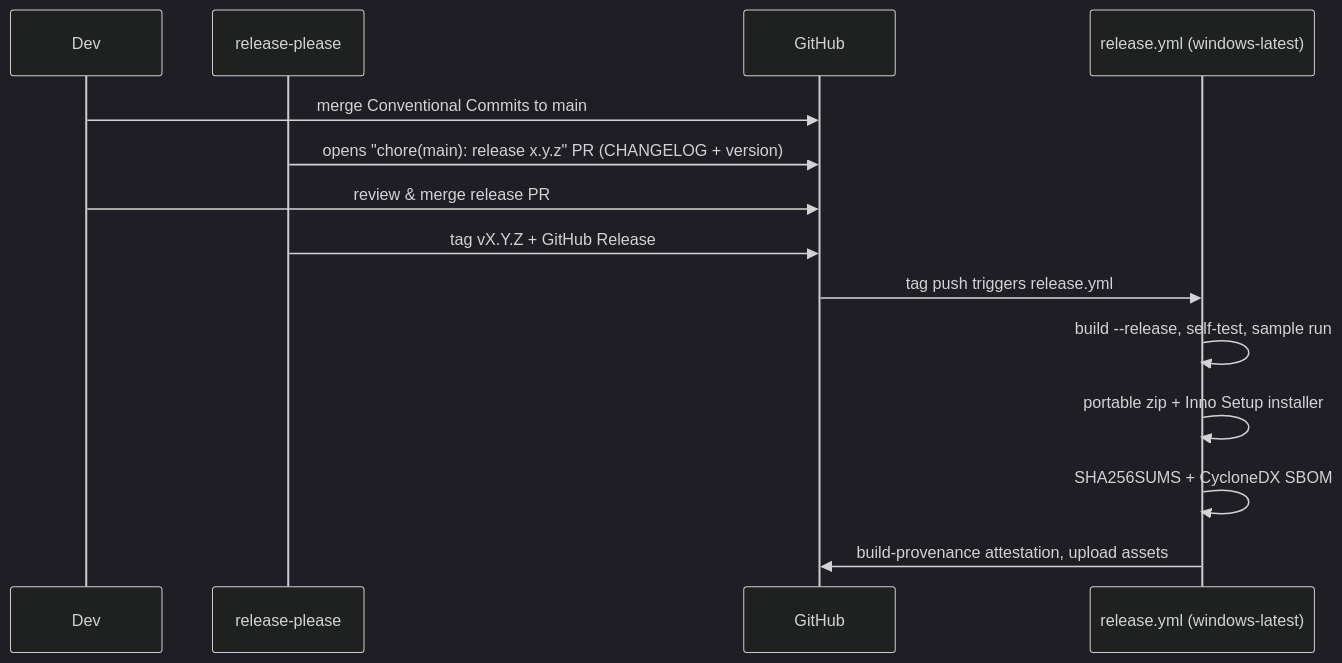
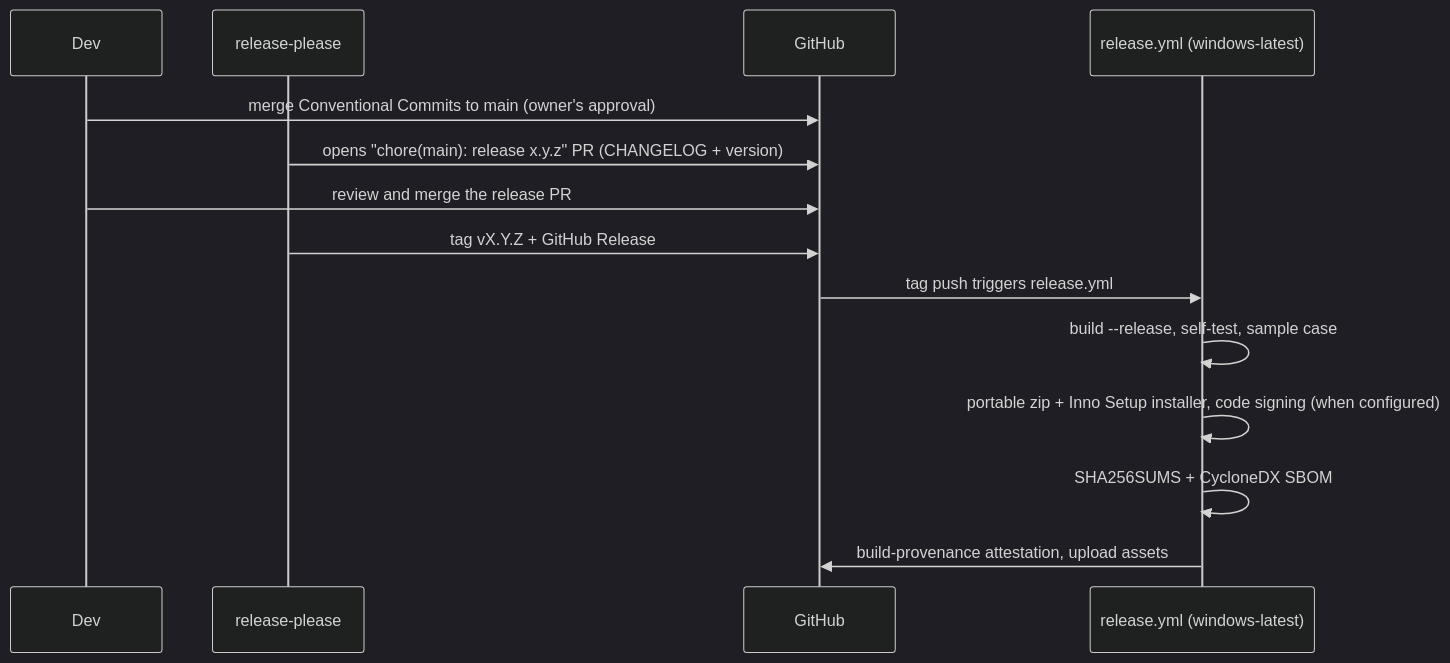
Before and after one commit to Panacota96/rv-timeline: the fifth of 5 diagrams in docs/development.md, drawn with Mermaid (dark theme). The commit also changed other lines of this file and 984 other files, not shown here.

First line of the commit message:
feat: RV Timeline v0.1 — cited case timeline from the Rakvor tools' outputs (#3)

````diff
--- a/docs/development.md
+++ b/docs/development.md
@@ -43,16 +207,16 @@
 ```mermaid
 sequenceDiagram
     participant Dev
     participant RP as release-please
     participant GH as GitHub
     participant W as release.yml (windows-latest)
-    Dev->>GH: merge Conventional Commits to main
+    Dev->>GH: merge Conventional Commits to main (owner's approval)
     RP->>GH: opens "chore(main): release x.y.z" PR (CHANGELOG + version)
-    Dev->>GH: review & merge release PR
+    Dev->>GH: review and merge the release PR
     RP->>GH: tag vX.Y.Z + GitHub Release
     GH->>W: tag push triggers release.yml
-    W->>W: build --release, self-test, sample run
-    W->>W: portable zip + Inno Setup installer
+    W->>W: build --release, self-test, sample case
+    W->>W: portable zip + Inno Setup installer, code signing (when configured)
     W->>W: SHA256SUMS + CycloneDX SBOM
     W->>GH: build-provenance attestation, upload assets
 ```
````
